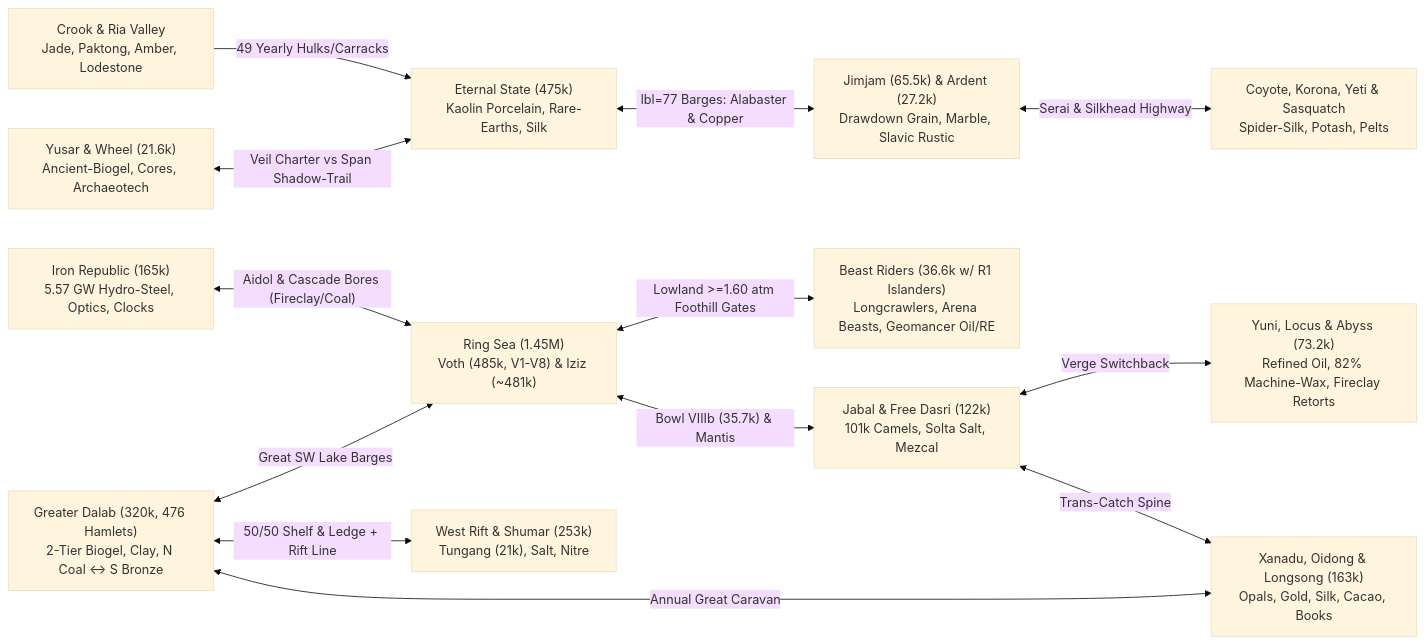
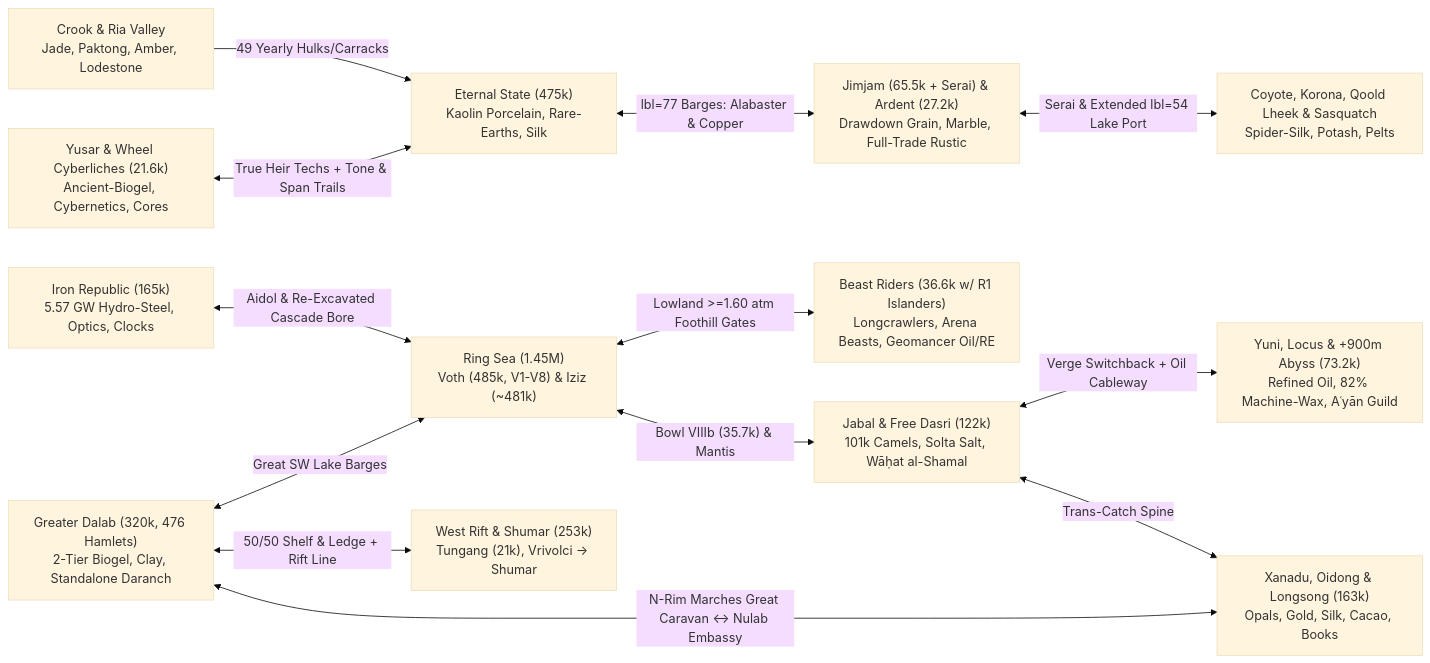
The diagram in core/region/CONTINENTAL-SCOPE.md (traviso761-debug/krator-master), drawn with Mermaid (base theme) before and after one commit. The commit also changed other lines of this file and 5 other files, not shown here.

Commit message:
core/region, dalab: lock 2026-11-21 continental rulings (65 total) & elaborate lbl=77 compact

````diff
--- a/core/region/CONTINENTAL-SCOPE.md
+++ b/core/region/CONTINENTAL-SCOPE.md
@@ -281,15 +313,15 @@
 ```mermaid
 flowchart LR
   EXT["Crook & Ria Valley<br/>Jade, Paktong, Amber, Lodestone"] -->|"49 Yearly Hulks/Carracks"| ET["Eternal State (475k)<br/>Kaolin Porcelain, Rare-Earths, Silk"]
-  YUS["Yusar & Wheel (21.6k)<br/>Ancient-Biogel, Cores, Archaeotech"] <-->|"Veil Charter vs Span Shadow-Trail"| ET
-  ET <-->|"lbl=77 Barges: Alabaster & Copper"| JJ["Jimjam (65.5k) & Ardent (27.2k)<br/>Drawdown Grain, Marble, Slavic Rustic"]
-  IR["Iron Republic (165k)<br/>5.57 GW Hydro-Steel, Optics, Clocks"] <-->|"Aidol & Cascade Bores (Fireclay/Coal)"| RING["Ring Sea (1.45M)<br/>Voth (485k, V1-V8) & Iziz (~481k)"]
-  DAL["Greater Dalab (320k, 476 Hamlets)<br/>2-Tier Biogel, Clay, N Coal <-> S Bronze"] <-->|"50/50 Shelf & Ledge + Rift Line"| WR["West Rift & Shumar (253k)<br/>Tungang (21k), Salt, Nitre"]
+  YUS["Yusar & Wheel Cyberliches (21.6k)<br/>Ancient-Biogel, Cybernetics, Cores"] <-->|"True Heir Techs + Tone & Span Trails"| ET
+  ET <-->|"lbl=77 Barges: Alabaster & Copper"| JJ["Jimjam (65.5k + Serai) & Ardent (27.2k)<br/>Drawdown Grain, Marble, Full-Trade Rustic"]
+  IR["Iron Republic (165k)<br/>5.57 GW Hydro-Steel, Optics, Clocks"] <-->|"Aidol & Re-Excavated Cascade Bore"| RING["Ring Sea (1.45M)<br/>Voth (485k, V1-V8) & Iziz (~481k)"]
+  DAL["Greater Dalab (320k, 476 Hamlets)<br/>2-Tier Biogel, Clay, Standalone Daranch"] <-->|"50/50 Shelf & Ledge + Rift Line"| WR["West Rift & Shumar (253k)<br/>Tungang (21k), Vrivolci -> Shumar"]
   DAL <-->|"Great SW Lake Barges"| RING
   RING <-->|"Lowland >=1.60 atm Foothill Gates"| BR["Beast Riders (36.6k w/ R1 Islanders)<br/>Longcrawlers, Arena Beasts, Geomancer Oil/RE"]
-  JJ <-->|"Serai & Silkhead Highway"| COY["Coyote, Korona, Yeti & Sasquatch<br/>Spider-Silk, Potash, Pelts"]
-  RING <-->|"Bowl VIIIb (35.7k) & Mantis"| JAB["Jabal & Free Dasri (122k)<br/>101k Camels, Solta Salt, Mezcal"]
-  JAB <-->|"Verge Switchback"| YUNI["Yuni, Locus & Abyss (73.2k)<br/>Refined Oil, 82% Machine-Wax, Fireclay Retorts"]
+  JJ <-->|"Serai & Extended lbl=54 Lake Port"| COY["Coyote, Korona, Qoold Lheek & Sasquatch<br/>Spider-Silk, Potash, Pelts"]
+  RING <-->|"Bowl VIIIb (35.7k) & Mantis"| JAB["Jabal & Free Dasri (122k)<br/>101k Camels, Solta Salt, Wāḥat al-Shamal"]
+  JAB <-->|"Verge Switchback + Oil Cableway"| YUNI["Yuni, Locus & +900m Abyss (73.2k)<br/>Refined Oil, 82% Machine-Wax, Aʿyān Guild"]
   JAB <-->|"Trans-Catch Spine"| XAN["Xanadu, Oidong & Longsong (163k)<br/>Opals, Gold, Silk, Cacao, Books"]
-  DAL <-->|"Annual Great Caravan"| XAN
+  DAL <-->|"N-Rim Marches Great Caravan <-> Nulab Embassy"| XAN
 ```
````
